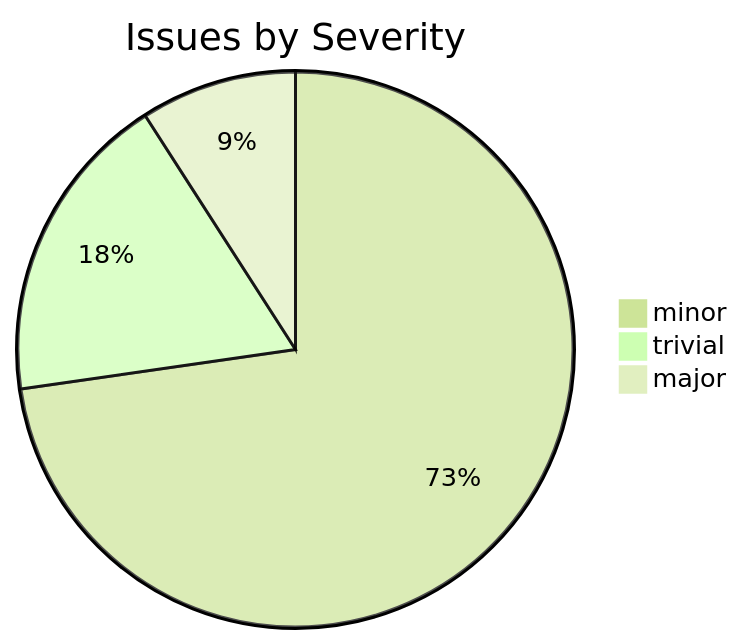
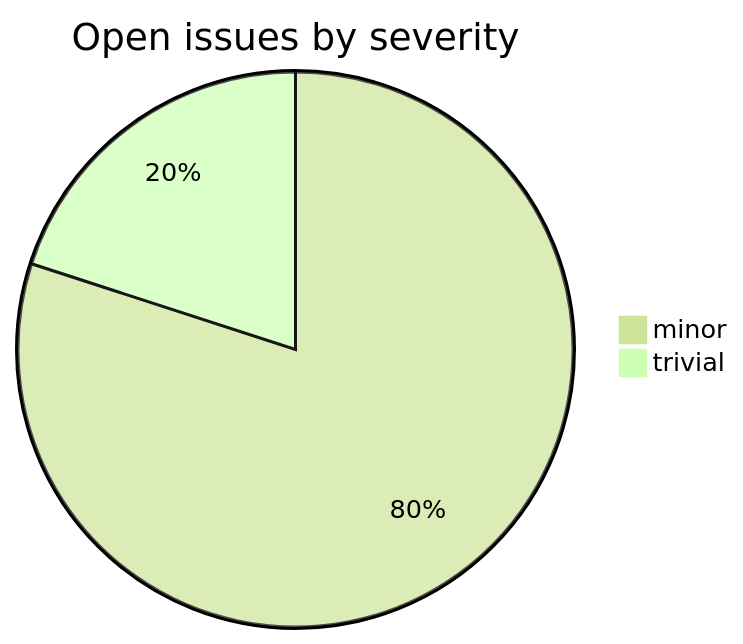
One commit to sanskrit-lexicon/csl-homepage changed the second of 2 diagrams in README.md. Above: the diagram before and after it, drawn with Mermaid (forest theme). The commit also changed other lines of this file, not shown here.

````diff
--- a/README.md
+++ b/README.md
@@ -27,6 +36,5 @@
 ```mermaid
-pie title Issues by Severity
-    "minor" : 8
-    "trivial" : 2
-    "major" : 1
+pie title Open issues by severity
+    "minor" : 4
+    "trivial" : 1
 ```
````
